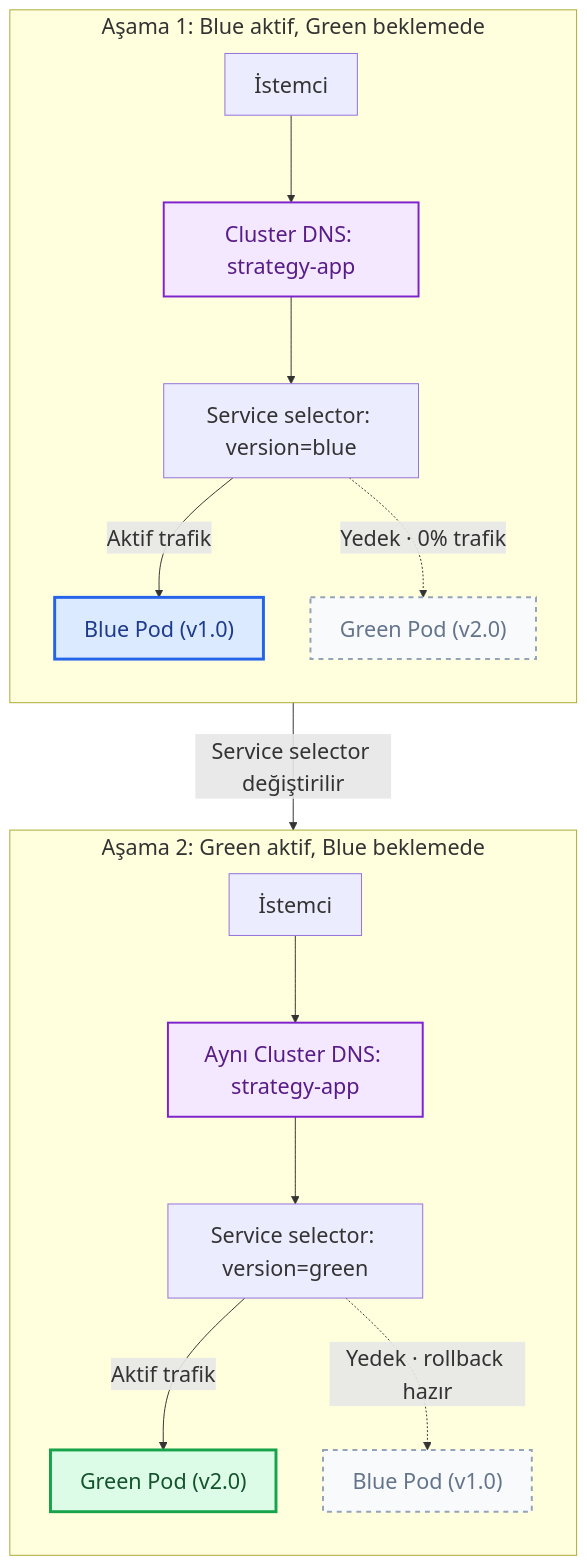
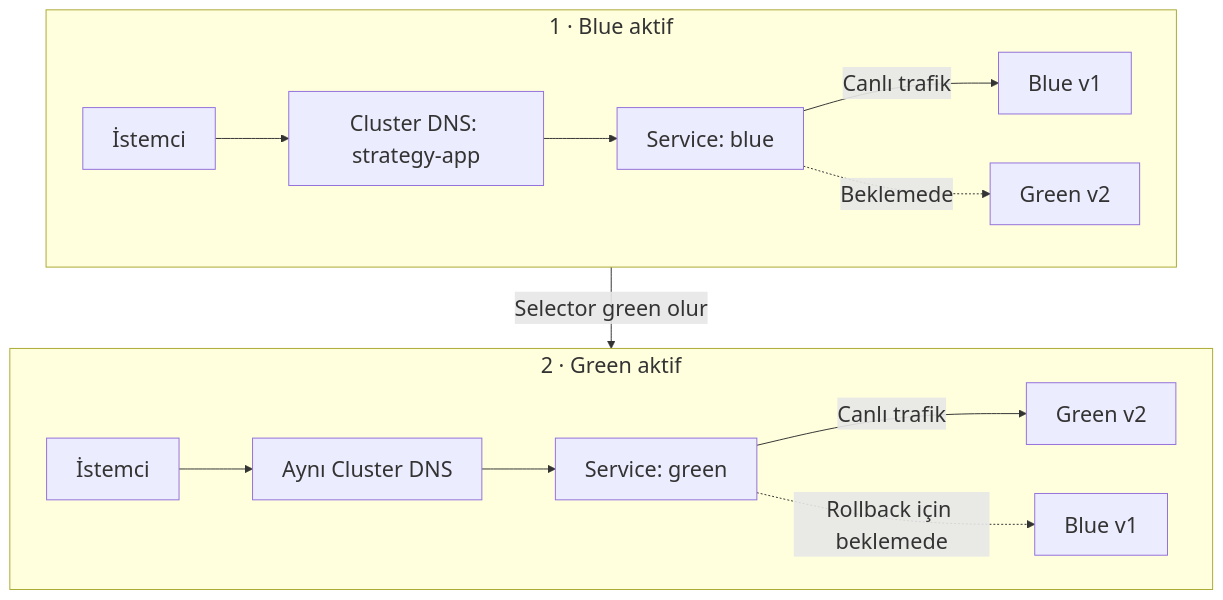
One commit to MTugce/k8s-labs changed the third of 4 diagrams in lab-08-deployment-strategies/README.md. Above: the diagram before and after it, drawn with Mermaid. The commit also changed other lines of this file, not shown here.

Commit message:
Avoid lazy rendering for Lab 8 Mermaid diagrams

````diff
--- a/lab-08-deployment-strategies/README.md
+++ b/lab-08-deployment-strategies/README.md
@@ -299,28 +268,17 @@
 ```mermaid
-%%{init: {'themeVariables': {'fontSize': '22px'}, 'flowchart': {'nodeSpacing': 48, 'rankSpacing': 64, 'useMaxWidth': false}}}%%
+%%{init: {'themeVariables': {'fontSize': '22px'}}}%%
 flowchart TB
   accTitle: Blue-Green trafik geçişi
-  accDescr: Aynı Kubernetes Service DNS adı üzerinden önce Blue sürümüne, sonra Service selector değişince Green sürümüne trafik aktarımını gösterir.
-  subgraph Stage1["Aşama 1: Blue aktif, Green beklemede"]
-    direction TB
-    CB["İstemci"] --> DNS1["Cluster DNS: strategy-app"] --> SB["Service selector: version=blue"]
-    SB -->|Aktif trafik| B1["Blue Pod (v1.0)"]
-    SB -.->|Yedek · 0% trafik| G1["Green Pod (v2.0)"]
+  accDescr: Aynı Service DNS adı korunur; Service selector Blue'dan Green'e çevrilir ve boşta kalan renk kesik çizgiyle gösterilir.
+  subgraph S1["1 · Blue aktif"]
+    C1["İstemci"] --> D1["Cluster DNS: strategy-app"] --> B["Service: blue"]
+    B -->|Canlı trafik| B1["Blue v1"]
+    B -.->|Beklemede| G1["Green v2"]
   end
-  subgraph Stage2["Aşama 2: Green aktif, Blue beklemede"]
-    direction TB
-    CG["İstemci"] --> DNS2["Aynı Cluster DNS: strategy-app"] --> SG["Service selector: version=green"]
-    SG -->|Aktif trafik| G2["Green Pod (v2.0)"]
-    SG -.->|Yedek · rollback hazır| B2["Blue Pod (v1.0)"]
+  subgraph S2["2 · Green aktif"]
+    C2["İstemci"] --> D2["Aynı Cluster DNS"] --> G["Service: green"]
+    G -->|Canlı trafik| G2["Green v2"]
+    G -.->|Rollback için beklemede| B2["Blue v1"]
   end
-  Stage1 -->|Service selector değiştirilir| Stage2
-
-  classDef dns fill:#f3e8ff,stroke:#7e22ce,stroke-width:2px,color:#581c87
-  classDef blue fill:#dbeafe,stroke:#2563eb,stroke-width:3px,color:#1e3a8a
-  classDef green fill:#dcfce7,stroke:#16a34a,stroke-width:3px,color:#14532d
-  classDef standby fill:#f8fafc,stroke:#94a3b8,stroke-width:2px,stroke-dasharray:5 5,color:#64748b
-  class DNS1,DNS2 dns
-  class B1 blue
-  class G2 green
-  class B2,G1 standby
+  S1 -->|Selector green olur| S2
 ```
````
